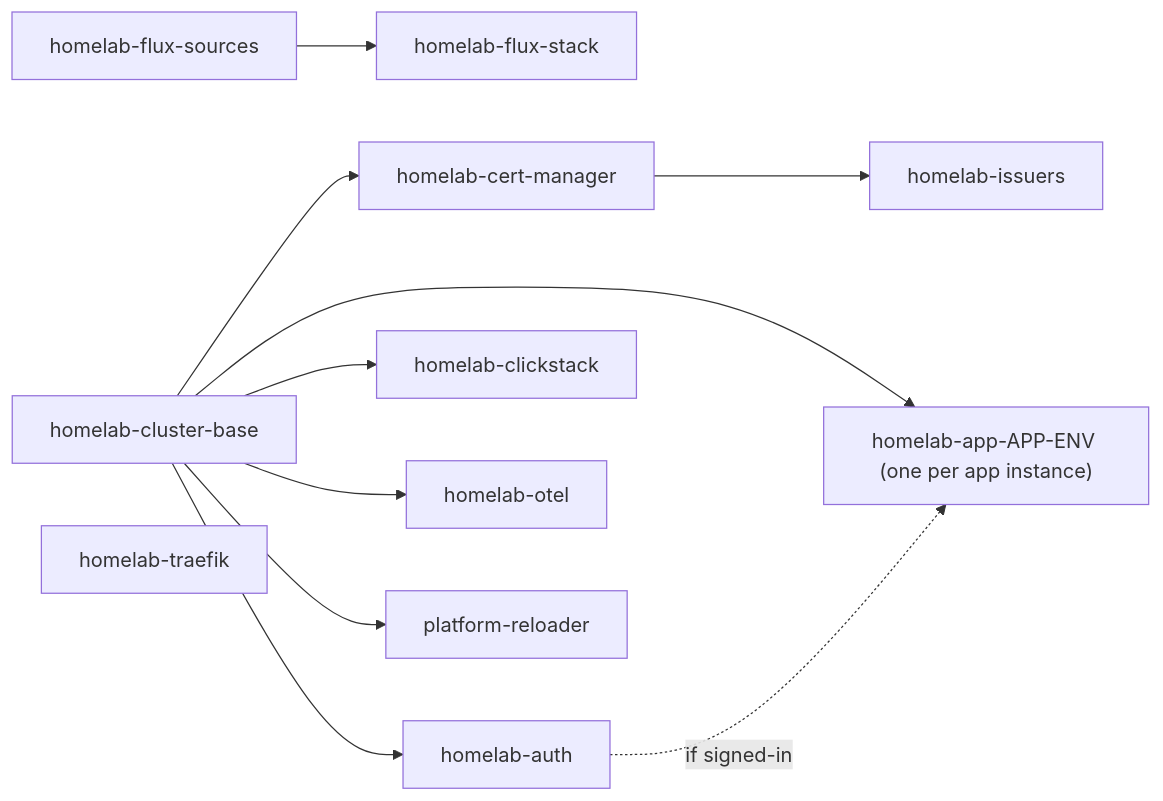
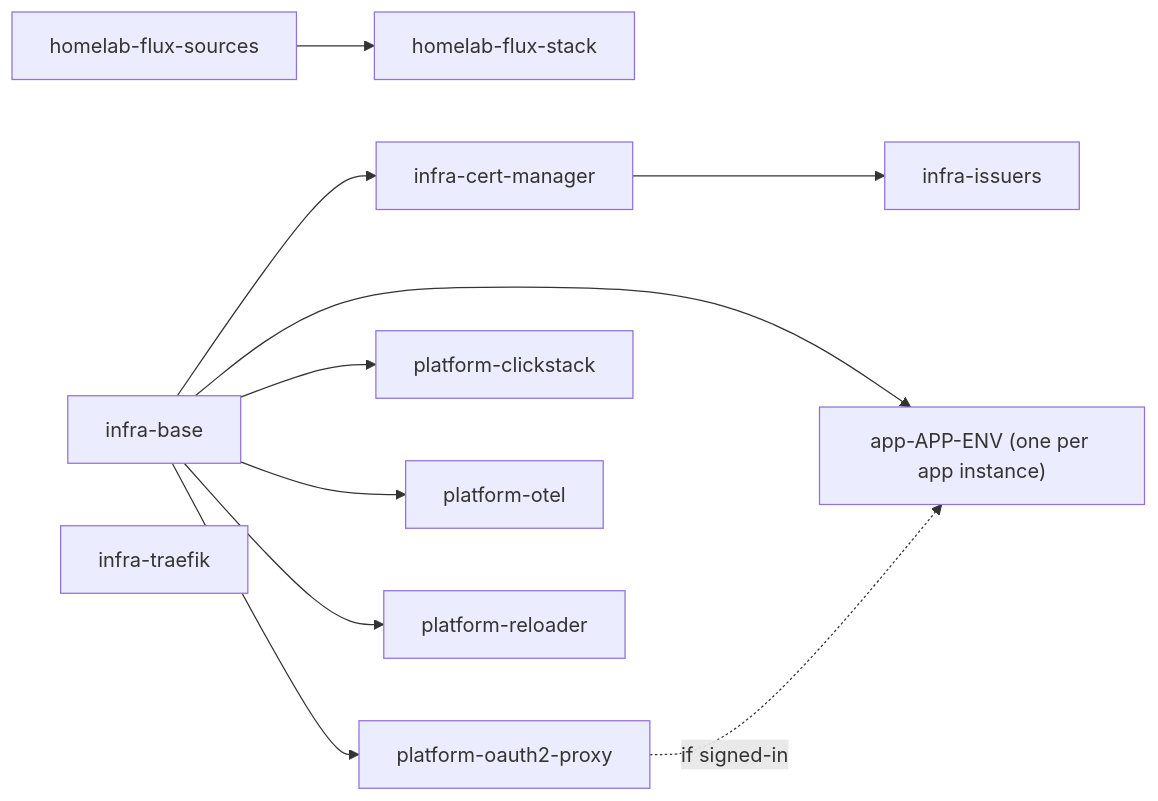
One commit to samclement/swhurl-platform changed the diagram in docs/architecture.md. Above: the diagram before and after it, drawn with Mermaid. The commit also changed other lines of this file and 93 other files, not shown here.

First line of the commit message:
refactor: units named after their directories under infra/, platform/, apps/ (cleanup #14-#17)

````diff
--- a/docs/architecture.md
+++ b/docs/architecture.md
@@ -30,12 +32,12 @@
 ```mermaid
 flowchart LR
   sources[homelab-flux-sources] --> stack[homelab-flux-stack]
-  base[homelab-cluster-base] --> cm[homelab-cert-manager] --> issuers[homelab-issuers]
-  base --> auth[homelab-auth]
-  base --> clickstack[homelab-clickstack]
-  base --> otel[homelab-otel]
+  base[infra-base] --> cm[infra-cert-manager] --> issuers[infra-issuers]
+  base --> auth[platform-oauth2-proxy]
+  base --> clickstack[platform-clickstack]
+  base --> otel[platform-otel]
   base --> reloader[platform-reloader]
-  traefik[homelab-traefik]
-  base --> app["homelab-app-APP-ENV (one per app instance)"]
+  traefik[infra-traefik]
+  base --> app["app-APP-ENV (one per app instance)"]
   auth -. if signed-in .-> app
 ```
````
